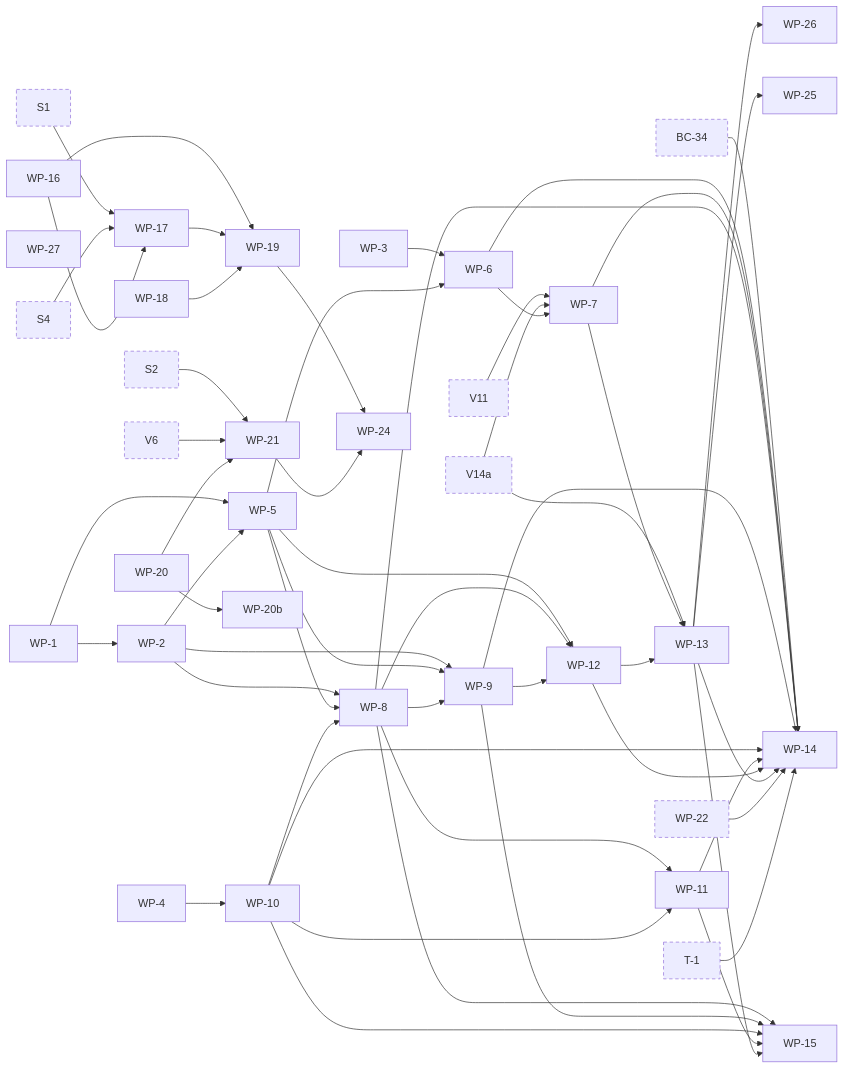
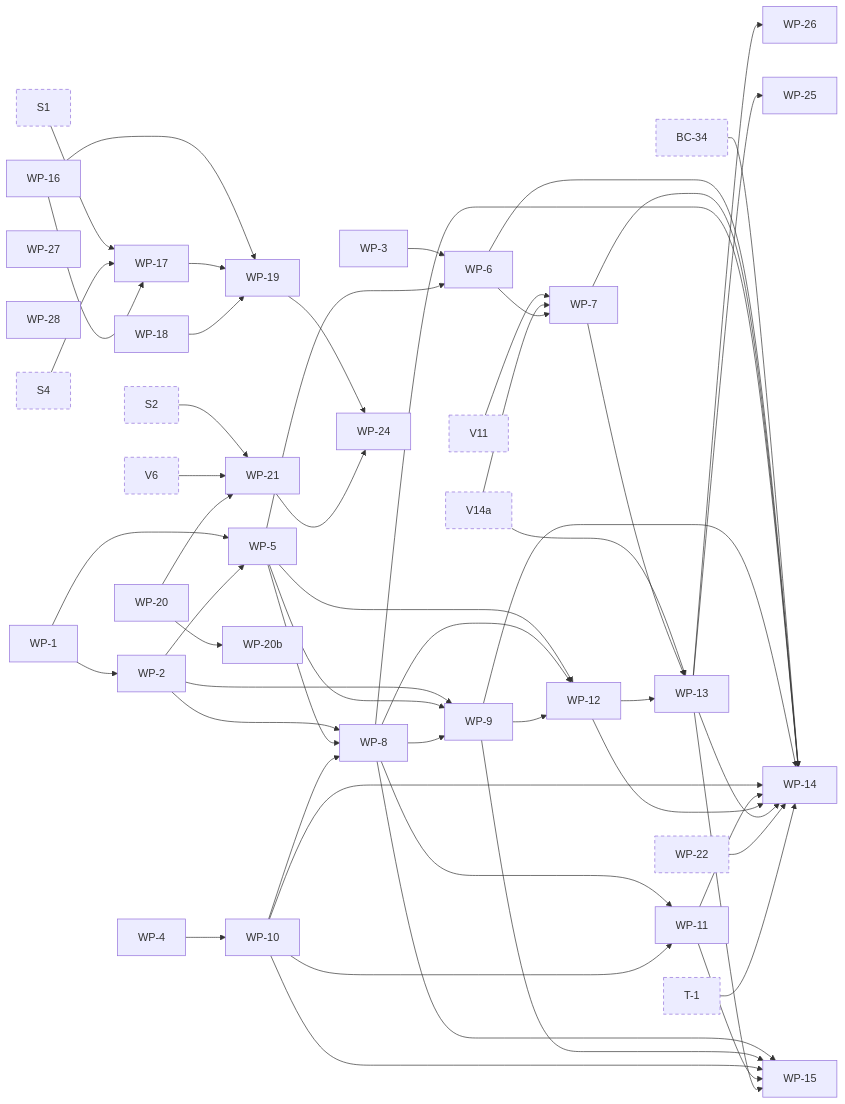
Before and after one commit to jhoblitt/rgw-go: the eighth of 11 diagrams in docs/superpowers/plans/2026-10-13-phase-2/dependencies.md, drawn with Mermaid. The commit also changed other lines of this file and 2 other files, not shown here.

```diff
--- a/docs/superpowers/plans/2026-10-13-phase-2/dependencies.md
+++ b/docs/superpowers/plans/2026-10-13-phase-2/dependencies.md
@@ -824,6 +828,7 @@
   t_WP_25["WP-25"]
   t_WP_26["WP-26"]
   t_WP_27["WP-27"]
+  t_WP_28["WP-28"]
   t_S1["S1"]:::ext
   t_S2["S2"]:::ext
   t_S4["S4"]:::ext
@@ -912,6 +917,7 @@
   click t_WP_25 href "https://github.com/jhoblitt/rgw-go/blob/main/docs/superpowers/plans/2026-10-13-phase-2/WP-write-path.md#task-wp-25-getobjectattributes-requires-both-of-its-permissions" "WP-25: GetObjectAttributes requires both of its permissions"
   click t_WP_26 href "https://github.com/jhoblitt/rgw-go/blob/main/docs/superpowers/plans/2026-10-13-phase-2/WP-write-path.md#task-wp-26-completemultipartupload-treats-an-encrypted-upload-as-radosgw-does" "WP-26: CompleteMultipartUpload treats an encrypted upload as radosgw does"
   click t_WP_27 href "https://github.com/jhoblitt/rgw-go/blob/main/docs/superpowers/plans/2026-10-13-phase-2/WP-write-path.md#task-wp-27-uploadpart-and-uploadpartcopy-refuse-a-part-of-an-encrypted-upload" "WP-27: UploadPart and UploadPartCopy refuse a part of an encrypted upload"
+  click t_WP_28 href "https://github.com/jhoblitt/rgw-go/blob/main/docs/superpowers/plans/2026-10-13-phase-2/WP-write-path.md#task-wp-28-a-stored-metadata-value-never-puts-a-nul-into-a-response-header" "WP-28: a stored metadata value never puts a NUL into a response header"
   click t_S1 href "https://github.com/jhoblitt/rgw-go/blob/main/docs/superpowers/plans/2026-10-13-phase-2/00-index.md#task-s1-fakeradoss-rgw-class-as-method-tables" "S1: fakerados's rgw class as method tables"
   click t_S2 href "https://github.com/jhoblitt/rgw-go/blob/main/docs/superpowers/plans/2026-10-13-phase-2/00-index.md#task-s2-route-sets-per-feature-and-the-env-slots" "S2: route sets per feature and the Env slots"
   click t_S4 href "https://github.com/jhoblitt/rgw-go/blob/main/docs/superpowers/plans/2026-10-13-phase-2/00-index.md#task-s4-fakerados-refuses-an-unregistered-class-method-at-op-setup" "S4: fakerados refuses an unregistered class method at op setup"
```
